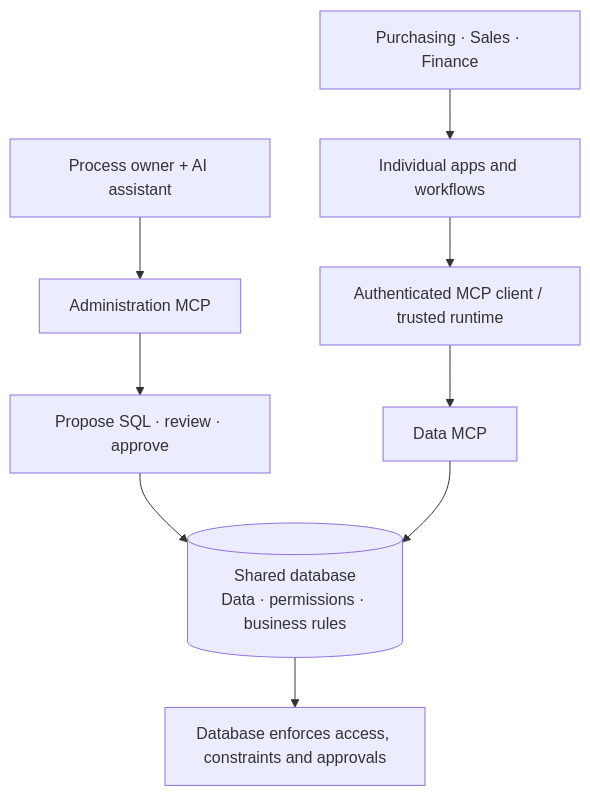
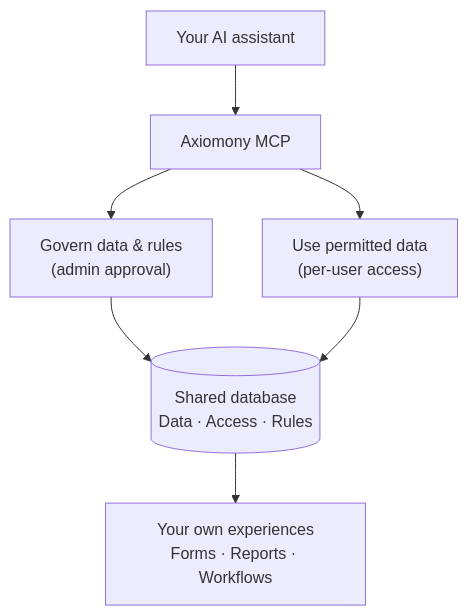
One commit to sjoerdvanderhoorn/axiomony changed the diagram in README.md. Above: the diagram before and after it, drawn with Mermaid. The commit also changed other lines of this file and 2 other files, not shown here.

Commit message:
Match original architecture diagram and add recorded-style ACME demo assets

````diff
--- a/README.md
+++ b/README.md
@@ -48,13 +48,9 @@
 ```mermaid
-flowchart TD
-    A["Process owner + AI assistant"] --> AM["Administration MCP"]
-    AM --> PLAN["Propose SQL · review · approve"]
-    PLAN --> DB[("Shared database<br/>Data · permissions · business rules")]
-
-    TEAM["Purchasing · Sales · Finance"] --> UX["Individual apps and workflows"]
-    UX --> RUNTIME["Authenticated MCP client / trusted runtime"]
-    RUNTIME --> DM["Data MCP"]
-    DM --> DB
-
-    DB --> ENF["Database enforces access, constraints and approvals"]
+flowchart TB
+    AI["Your AI assistant"] --> MCP["Axiomony MCP"]
+    MCP --> ADMIN["Govern data & rules<br/>(admin approval)"]
+    MCP --> DATA["Use permitted data<br/>(per-user access)"]
+    ADMIN --> DB[("Shared database<br/>Data · Access · Rules")]
+    DATA --> DB
+    DB --> UX["Your own experiences<br/>Forms · Reports · Workflows"]
 ```
````
